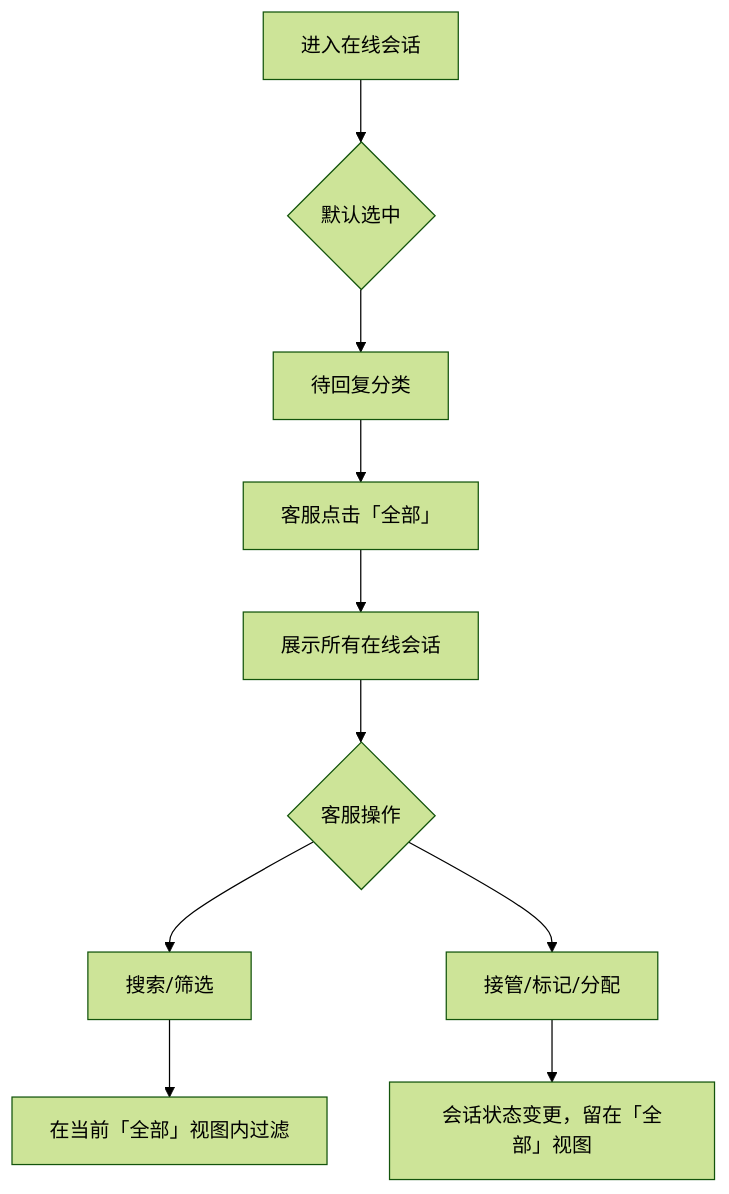
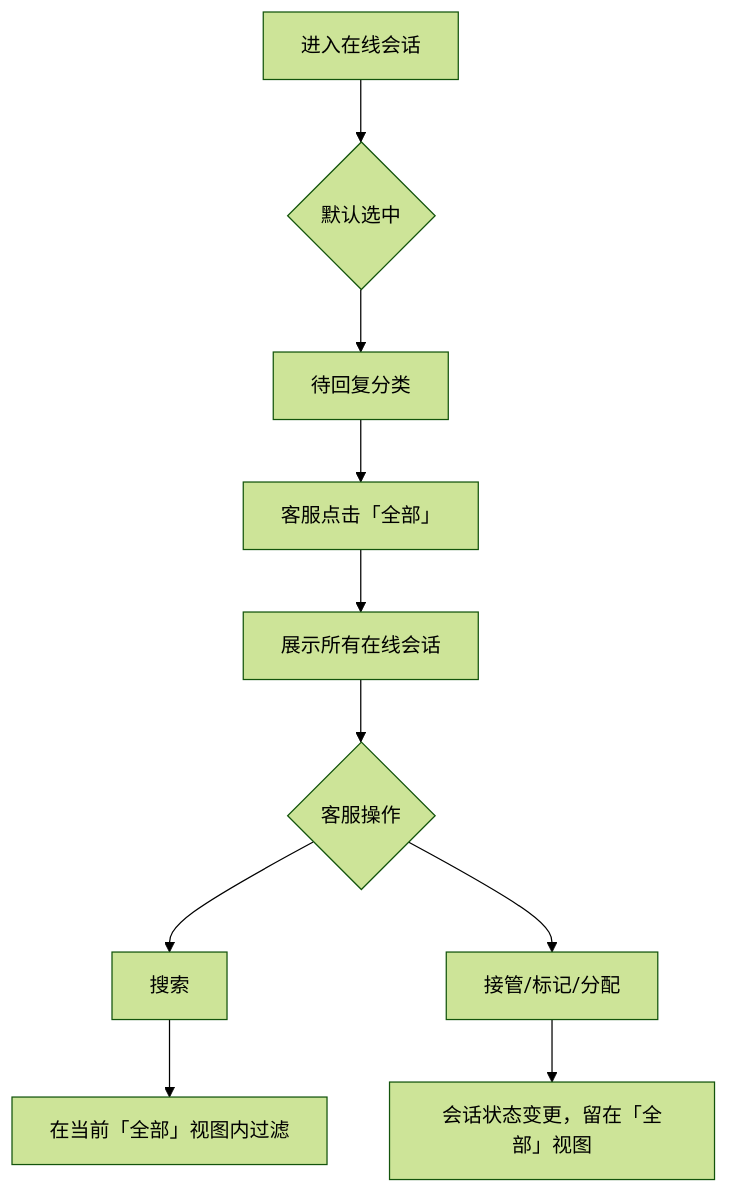
One commit to goeye/twt changed the second of 2 diagrams in docs/PRD-在线会话全部分类.md. Above: the diagram before and after it, drawn with Mermaid (forest theme). The commit also changed other lines of this file and 3 other files, not shown here.

First line of the commit message:
更新消息模块搜索框和筛选行图标样式

````diff
--- a/docs/PRD-在线会话全部分类.md
+++ b/docs/PRD-在线会话全部分类.md
@@ -61,12 +53,12 @@
 ```mermaid
 flowchart TD
   A[进入在线会话] --> B{默认选中}
   B --> C[待回复分类]
   C --> D[客服点击「全部」]
   D --> E[展示所有在线会话]
   E --> F{客服操作}
-  F --> G[搜索/筛选]
+  F --> G[搜索]
   F --> H[接管/标记/分配]
   G --> I[在当前「全部」视图内过滤]
   H --> J[会话状态变更，留在「全部」视图]
 ```
````
